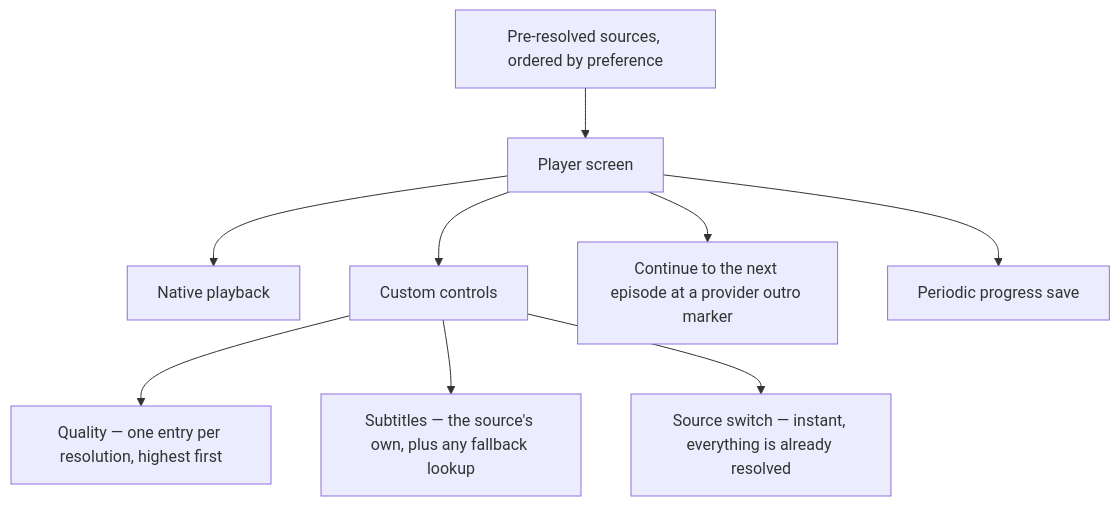
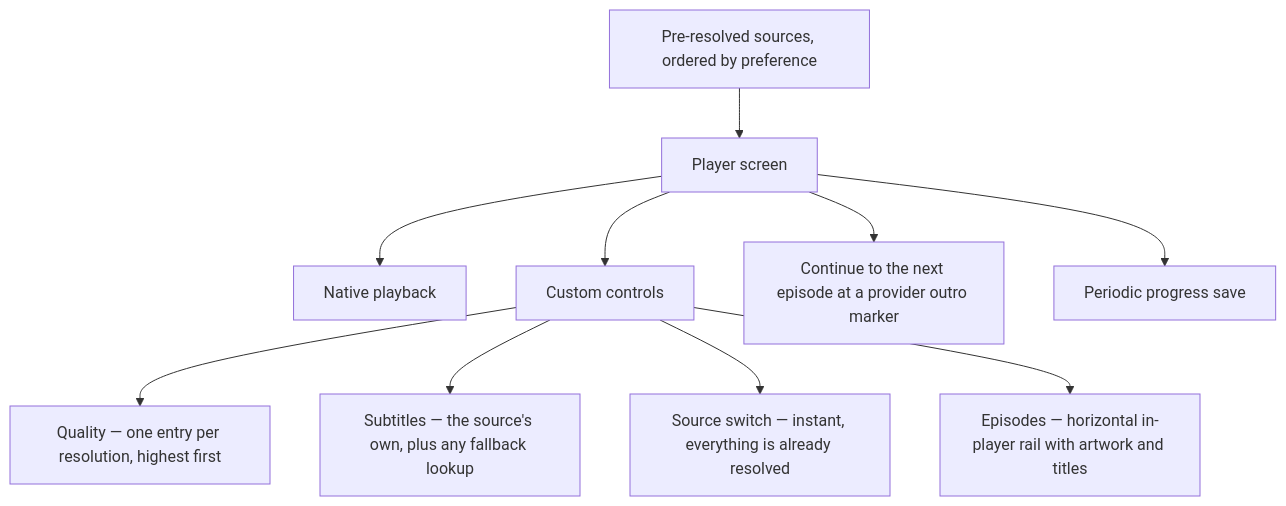
Before and after one commit to nimbusfvck/fvcksubs: the sixth of 6 diagrams in docs/06-app-layer.md, drawn with Mermaid. The commit also changed other lines of this file and 6 other files, not shown here.

Commit message:
feat(player): add in-player episode rail

````diff
--- a/docs/06-app-layer.md
+++ b/docs/06-app-layer.md
@@ -241,11 +241,12 @@
 ```mermaid
 flowchart TB
     PRE["Pre-resolved sources, ordered by preference"] --> PP["Player screen"]
     PP --> NAT["Native playback"]
     PP --> CTL["Custom controls"]
     CTL --> Q["Quality — one entry per resolution, highest first"]
     CTL --> SUB["Subtitles — the source's own, plus any fallback lookup"]
     CTL --> SRC["Source switch — instant, everything is already resolved"]
+    CTL --> EP["Episodes — horizontal in-player rail with artwork and titles"]
     PP --> NEXT["Continue to the next episode at a provider outro marker"]
     PP --> SAVE["Periodic progress save"]
 ```
````
